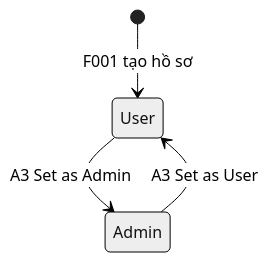
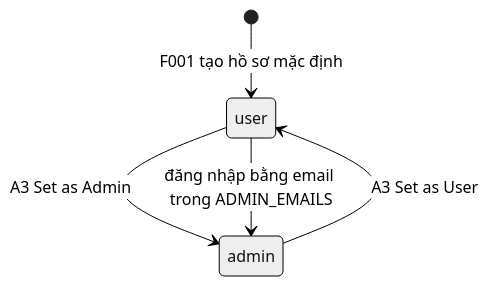
The third of 4 diagrams in docs/features/F014_AdminUserManagement/technical-spec.md (hailv-3571/agentic-coding-hands-on), drawn with Mermaid (neutral theme) before and after one commit. The commit also changed other lines of this file and 152 other files, not shown here.

````diff
--- a/docs/features/F014_AdminUserManagement/technical-spec.md
+++ b/docs/features/F014_AdminUserManagement/technical-spec.md
@@ -266,6 +300,7 @@
 ```mermaid
 stateDiagram-v2
-    [*] --> User : F001 tạo hồ sơ
-    User --> Admin : A3 Set as Admin
-    Admin --> User : A3 Set as User
+    [*] --> user : F001 tạo hồ sơ mặc định
+    user --> admin : A3 Set as Admin
+    user --> admin : đăng nhập bằng email trong ADMIN_EMAILS
+    admin --> user : A3 Set as User
 ```
````
